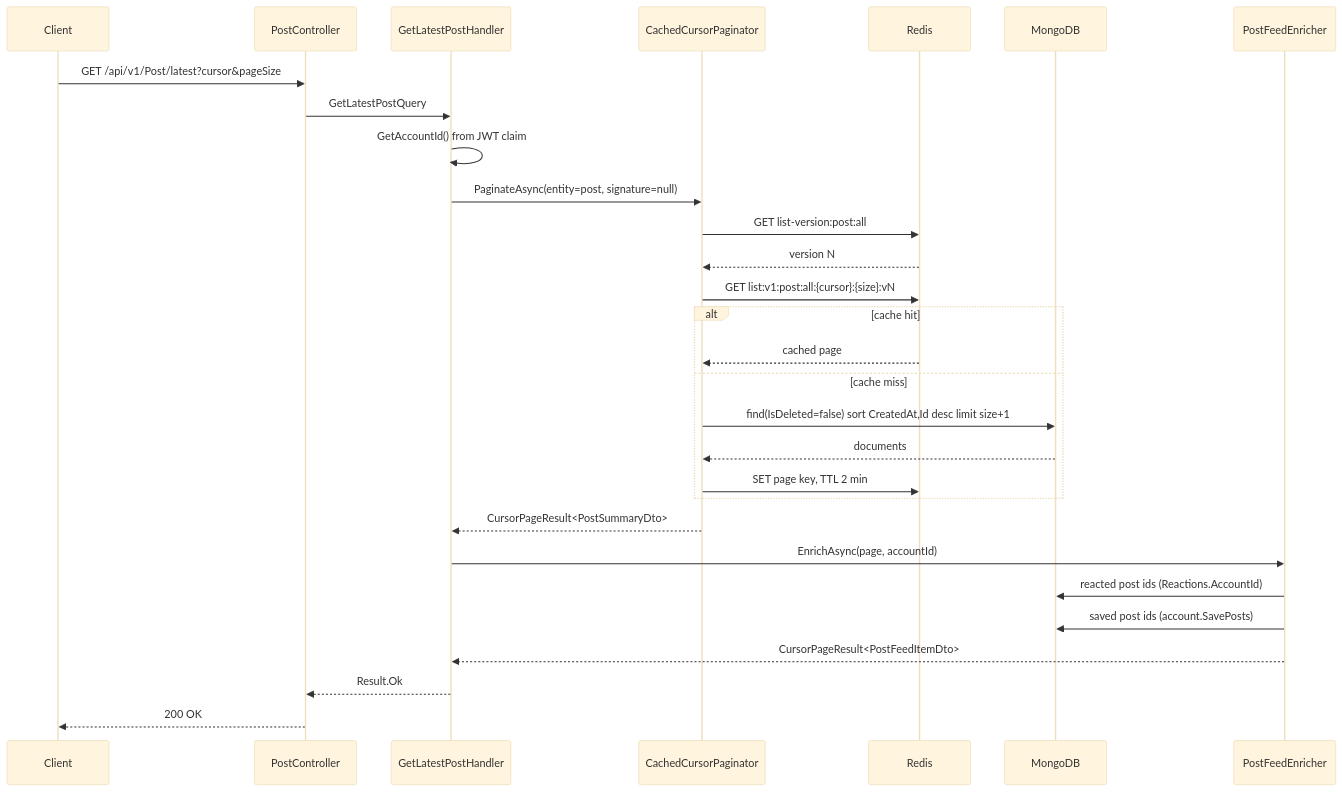
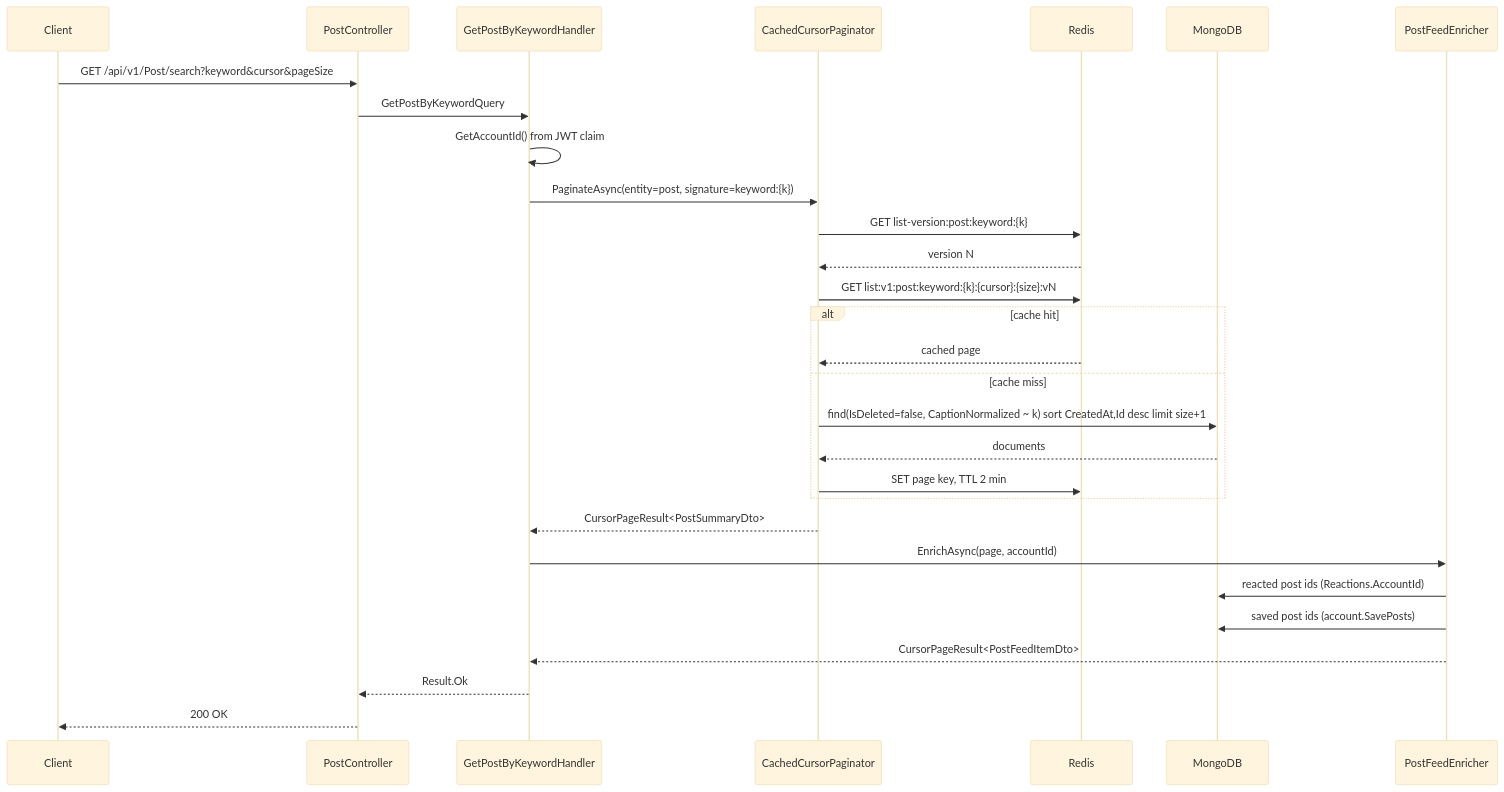
The second of 4 diagrams in doc/system-design.md (Datnguynx110605/Bump_Server), drawn with Mermaid (base theme) before and after one commit. The commit also changed other lines of this file and 35 other files, not shown here.

````diff
--- a/doc/system-design.md
+++ b/doc/system-design.md
@@ -109,32 +109,32 @@
 ```mermaid
 sequenceDiagram
     participant C as Client
     participant Ctl as PostController
-    participant H as GetLatestPostHandler
+    participant H as GetPostByKeywordHandler
     participant P as CachedCursorPaginator
     participant R as Redis
     participant M as MongoDB
     participant E as PostFeedEnricher
 
-    C->>Ctl: GET /api/v1/Post/latest?cursor&pageSize
-    Ctl->>H: GetLatestPostQuery
+    C->>Ctl: GET /api/v1/Post/search?keyword&cursor&pageSize
+    Ctl->>H: GetPostByKeywordQuery
     H->>H: GetAccountId() from JWT claim
-    H->>P: PaginateAsync(entity=post, signature=null)
-    P->>R: GET list-version:post:all
+    H->>P: PaginateAsync(entity=post, signature=keyword:{k})
+    P->>R: GET list-version:post:keyword:{k}
     R-->>P: version N
-    P->>R: GET list:v1:post:all:{cursor}:{size}:vN
+    P->>R: GET list:v1:post:keyword:{k}:{cursor}:{size}:vN
     alt cache hit
         R-->>P: cached page
     else cache miss
-        P->>M: find(IsDeleted=false) sort CreatedAt,Id desc limit size+1
+        P->>M: find(IsDeleted=false, CaptionNormalized ~ k) sort CreatedAt,Id desc limit size+1
         M-->>P: documents
         P->>R: SET page key, TTL 2 min
     end
     P-->>H: CursorPageResult<PostSummaryDto>
     H->>E: EnrichAsync(page, accountId)
     E->>M: reacted post ids (Reactions.AccountId)
     E->>M: saved post ids (account.SavePosts)
     E-->>H: CursorPageResult<PostFeedItemDto>
     H-->>Ctl: Result.Ok
     Ctl-->>C: 200 OK
 ```
````
